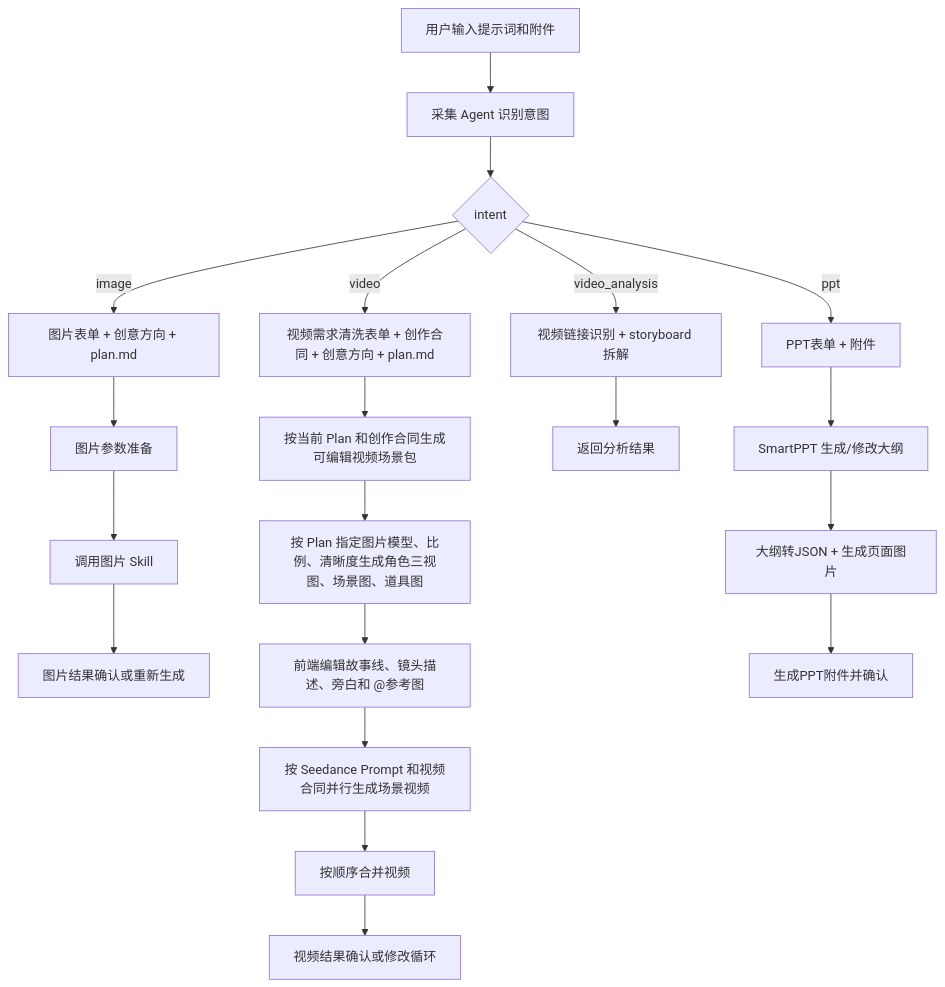
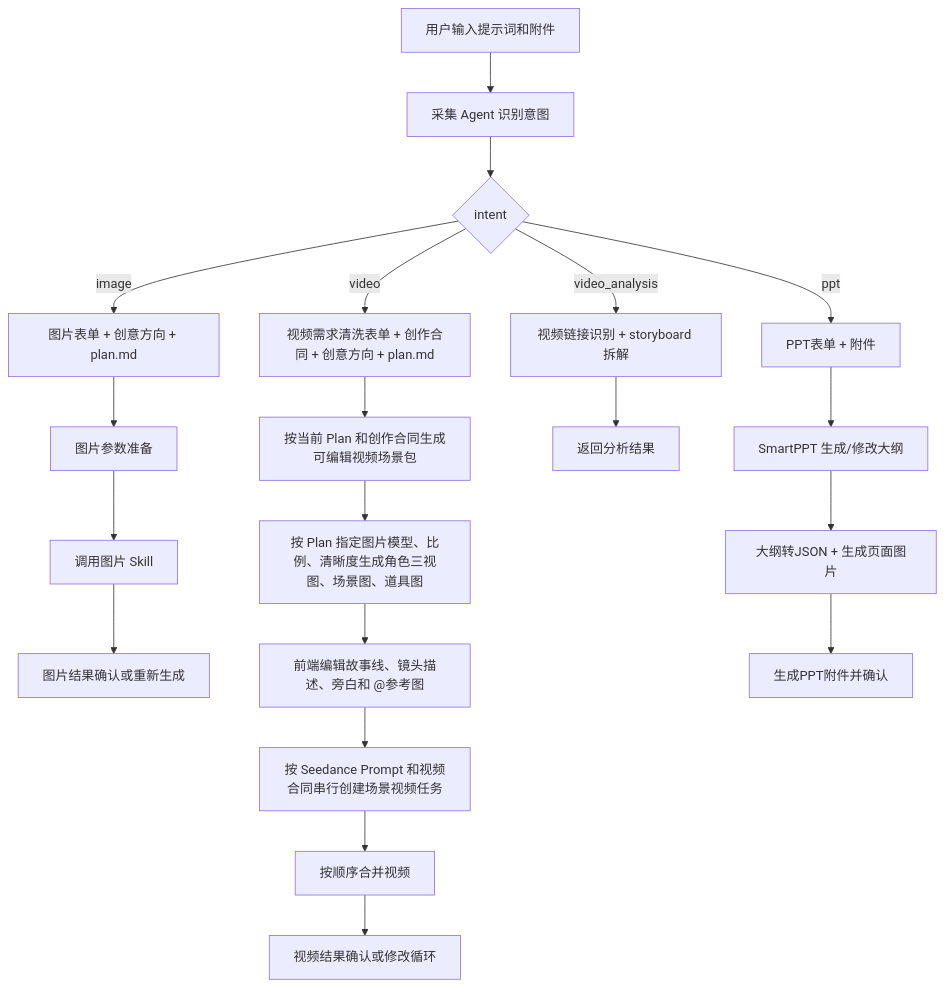
Before and after one commit to joyslxd/pixelflow: the second of 2 diagrams in README.md, drawn with Mermaid. The commit also changed other lines of this file and 5 other files, not shown here.

````diff
--- a/README.md
+++ b/README.md
@@ -74,22 +74,22 @@
 ```mermaid
 flowchart TD
   A["用户输入提示词和附件"] --> B["采集 Agent 识别意图"]
   B --> C{"intent"}
   C -->|"image"| D["图片表单 + 创意方向 + plan.md"]
   C -->|"video"| E["视频需求清洗表单 + 创作合同 + 创意方向 + plan.md"]
   C -->|"video_analysis"| F["视频链接识别 + storyboard 拆解"]
   C -->|"ppt"| Q["PPT表单 + 附件"]
   D --> G["图片参数准备"]
   G --> H["调用图片 Skill"]
   H --> I["图片结果确认或重新生成"]
   E --> J["按当前 Plan 和创作合同生成可编辑视频场景包"]
   J --> K["按 Plan 指定图片模型、比例、清晰度生成角色三视图、场景图、道具图"]
   K --> L["前端编辑故事线、镜头描述、旁白和 @参考图"]
-  L --> M["按 Seedance Prompt 和视频合同并行生成场景视频"]
+  L --> M["按 Seedance Prompt 和视频合同串行创建场景视频任务"]
   M --> N["按顺序合并视频"]
   N --> O["视频结果确认或修改循环"]
   F --> P["返回分析结果"]
   Q --> R["SmartPPT 生成/修改大纲"]
   R --> S["大纲转JSON + 生成页面图片"]
   S --> T["生成PPT附件并确认"]
 ```
````
